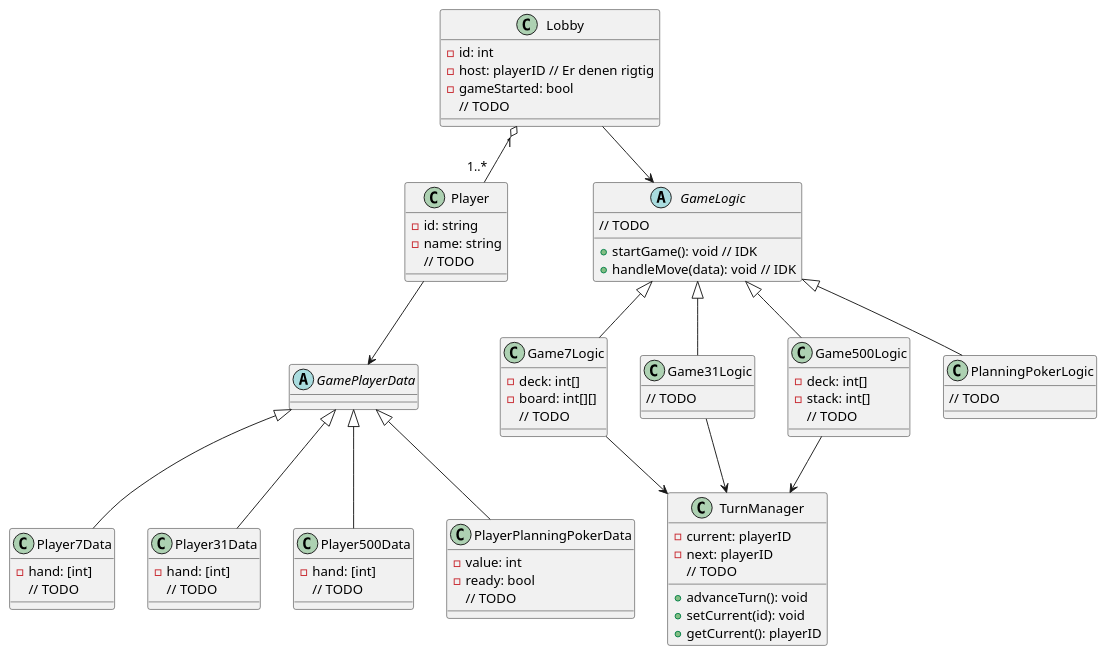
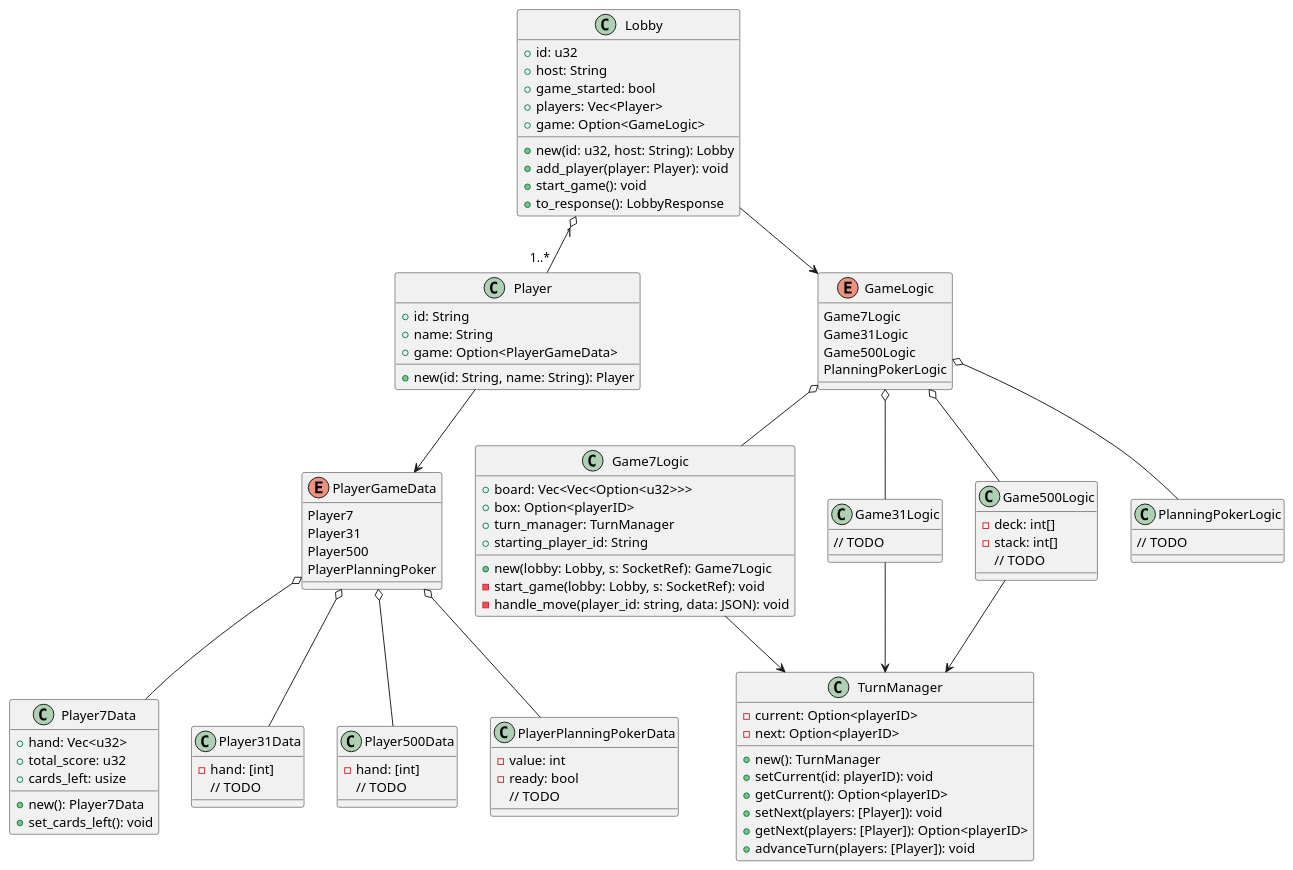
Before and after one commit to ChristianSteen-SW23/Card-Games: the diagram in #Doc/uml/socketClassDiagram.puml, drawn with PlantUML. The commit also changed 107 other files, not shown here.

```diff
--- a/#Doc/uml/socketClassDiagram.puml
+++ b/#Doc/uml/socketClassDiagram.puml
@@ -1,96 +1,117 @@
 @startuml socketClassDiagram
 
 class Lobby {
-    - id: int
-    - host: playerID // Er denen rigtig
-    - gameStarted: bool
-    // TODO
+    + id: u32
+    + host: String
+    + game_started: bool
+    + players: Vec<Player>
+    + game: Option<GameLogic>
+    + new(id: u32, host: String): Lobby
+    + add_player(player: Player): void
+    + start_game(): void
+    + to_response(): LobbyResponse
 }
 
 class Player {
-    - id: string
-    - name: string
-    // TODO
+    + id: String
+    + name: String
+    + game: Option<PlayerGameData>
+    + new(id: String, name: String): Player
 }
 
 
-abstract class GameLogic {
-    + startGame(): void // IDK
-    + handleMove(data): void // IDK
-    // TODO
+enum GameLogic {
+    Game7Logic
+    Game31Logic
+    Game500Logic
+    PlanningPokerLogic
 }
 
 class Game7Logic {
-    - deck: int[]
-    - board: int[][]
-    // TODO
+    + board: Vec<Vec<Option<u32>>>
+    + box: Option<playerID>
+    + turn_manager: TurnManager
+    + starting_player_id: String
+    + new(lobby: Lobby, s: SocketRef): Game7Logic
+    - start_game(lobby: Lobby, s: SocketRef): void
+    - handle_move(player_id: string, data: JSON): void
 }
 
 class Game31Logic {
     // TODO
 }
 
 class Game500Logic {
     - deck: int[]
     - stack: int[]
     // TODO
 }
 
 class PlanningPokerLogic {
     // TODO
 }
 
 
 class TurnManager {
-    - current: playerID
-    - next: playerID
-    + advanceTurn(): void
-    + setCurrent(id): void
-    + getCurrent(): playerID
-    // TODO
+    - current: Option<playerID>
+    - next: Option<playerID>
+    + new(): TurnManager
+    + setCurrent(id: playerID): void
+    + getCurrent(): Option<playerID>
+    + setNext(players: [Player]): void
+    + getNext(players: [Player]): Option<playerID>
+    + advanceTurn(players: [Player]): void
 }
 
 
-abstract class GamePlayerData
+enum PlayerGameData {
+    Player7
+    Player31
+    Player500
+    PlayerPlanningPoker
+}
 
 class Player7Data {
-    - hand: [int]
-    // TODO
+    + hand: Vec<u32>
+    + total_score: u32
+    + cards_left: usize
+    + new(): Player7Data
+    + set_cards_left(): void
 }
 
 class Player31Data {
     - hand: [int]
     // TODO
 }
 
 class Player500Data {
     - hand: [int]
     // TODO
 }
 
 class PlayerPlanningPokerData {
     - value: int
     - ready: bool
     // TODO
 }
 
 
 Lobby --> GameLogic
-GameLogic <|-- Game7Logic
-GameLogic <|-- Game31Logic
-GameLogic <|-- Game500Logic
-GameLogic <|-- PlanningPokerLogic
+GameLogic o-- Game7Logic
+GameLogic o-- Game31Logic
+GameLogic o-- Game500Logic
+GameLogic o-- PlanningPokerLogic
 
 Game7Logic --> TurnManager
 Game31Logic --> TurnManager
 Game500Logic --> TurnManager
 
-Player --> GamePlayerData
-GamePlayerData <|-- Player7Data
-GamePlayerData <|-- Player31Data
-GamePlayerData <|-- Player500Data
-GamePlayerData <|-- PlayerPlanningPokerData
+Player --> PlayerGameData
+PlayerGameData o-- Player7Data
+PlayerGameData o-- Player31Data
+PlayerGameData o-- Player500Data
+PlayerGameData o-- PlayerPlanningPokerData
 
 Lobby "1" o-- "1..*" Player
 
 @enduml
```
